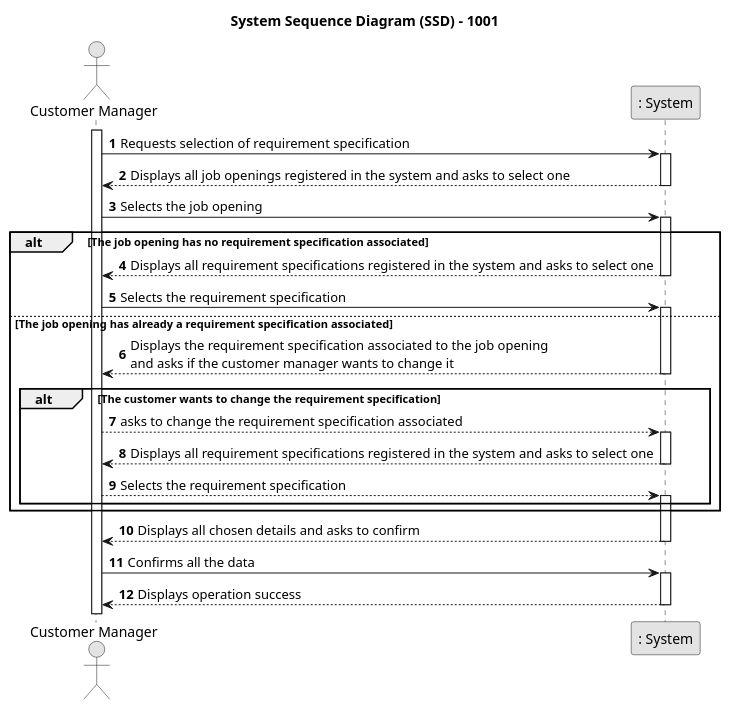
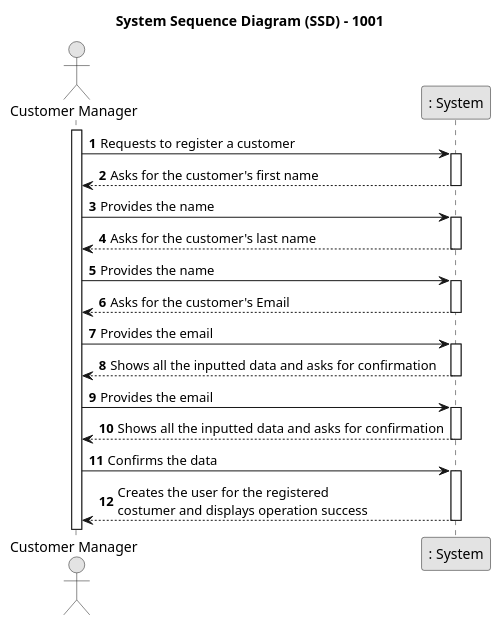
Before and after one commit to MiguelCardoso77/LAPR4: the diagram in docs/SprintB/1001/1001-system-sequence-diagram.puml, drawn with PlantUML. The commit also changed 3 other files, not shown here.

Commit message:
Adding the system sequence diagram #9

```diff
--- a/docs/SprintB/1001/1001-system-sequence-diagram.puml
+++ b/docs/SprintB/1001/1001-system-sequence-diagram.puml
@@ -1,64 +1,51 @@
 @startuml
 skinparam monochrome true
 skinparam packageStyle rectangle
 skinparam shadowing false
 
 title System Sequence Diagram (SSD) - 1001
 
 autonumber
 
 actor "Customer Manager" as CM
 participant ": System" as System
 
 activate CM    
 
-    CM -> System : Requests selection of requirement specification
+    CM -> System : Requests to register a customer
     activate System
 
-        System --> CM : Displays all job openings registered in the system and asks to select one
+        System --> CM : Asks for the customer's first name
     deactivate System
 
-    CM -> System : Selects the job opening
+    CM -> System : Provides the name
     activate System
 
-    alt The job opening has no requirement specification associated
-
-        System --> CM : Displays all requirement specifications registered in the system and asks to select one
+        System --> CM : Asks for the customer's last name
     deactivate System
 
-    CM -> System : Selects the requirement specification
-
-    else The job opening has already a requirement specification associated
-
+    CM -> System : Provides the name
     activate System
 
-        System --> CM : Displays the requirement specification associated to the job opening \nand asks if the customer manager wants to change it
-
-    alt The customer wants to change the requirement specification
-
+        System --> CM : Asks for the customer's Email
     deactivate System
 
-    CM --> System : asks to change the requirement specification associated
-
+    CM -> System : Provides the email
     activate System
 
-        System --> CM : Displays all requirement specifications registered in the system and asks to select one
+        System --> CM : Shows all the inputted data and asks for confirmation
     deactivate System
 
-    CM --> System : Selects the requirement specification
-
+    CM -> System : Provides the email
     activate System
 
-    end
-
-    end
-        System --> CM : Displays all chosen details and asks to confirm
+         System --> CM : Shows all the inputted data and asks for confirmation
     deactivate System
 
-    CM -> System : Confirms all the data
+    CM -> System : Confirms the data
     activate System
 
-        System --> CM : Displays operation success
+         System --> CM : Creates the user for the registered \ncostumer and displays operation success
     deactivate System
 
 @enduml
```
